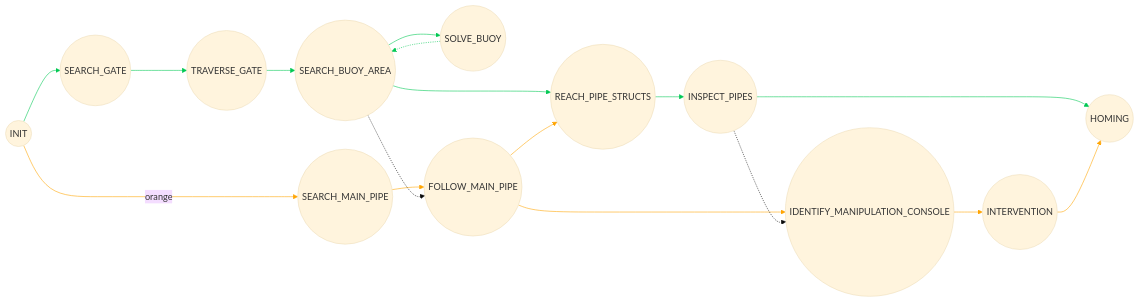
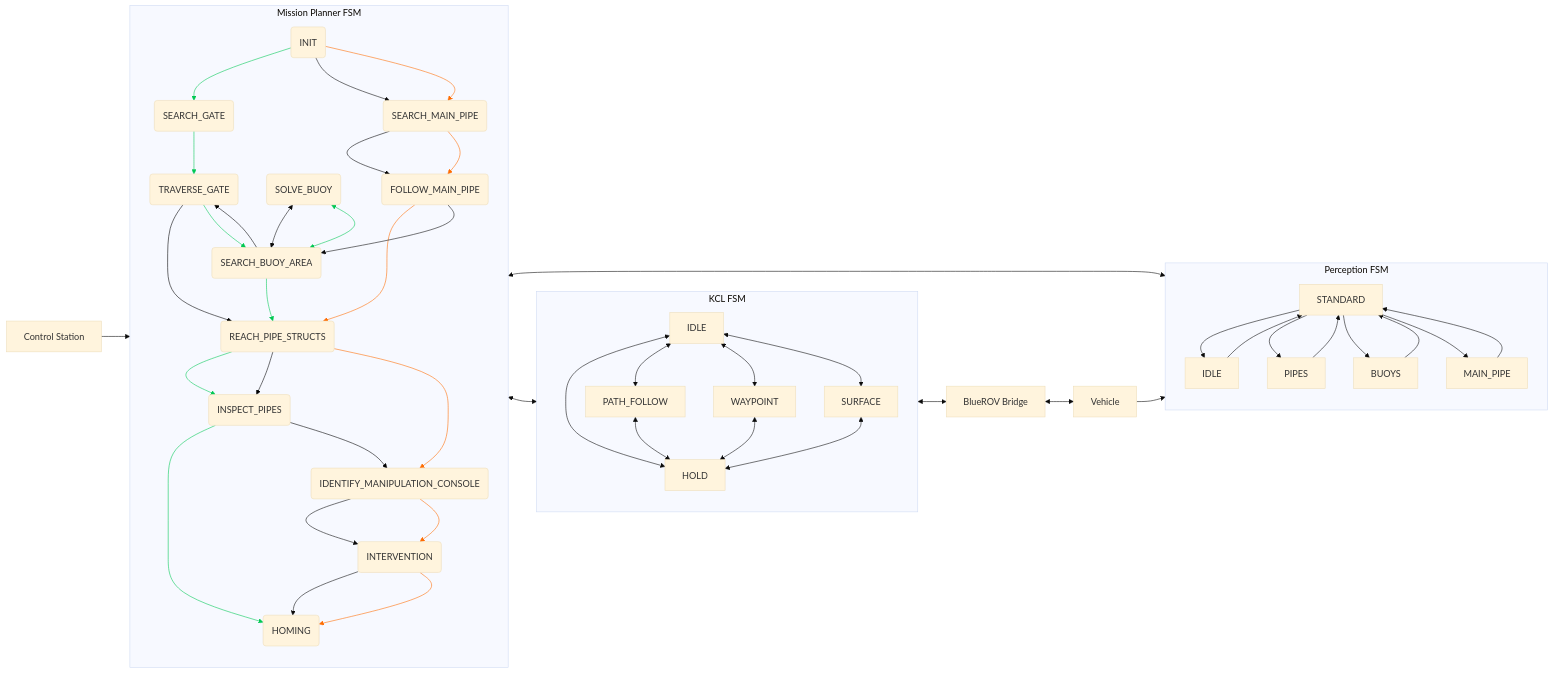
One commit to GRAAL-Lab/bluerov_core changed the diagram in SW_architecture.md. Above: the diagram before and after it, drawn with Mermaid (base theme). The commit also changed other lines of this file, not shown here.

Commit message:
updated sw_architecture

````diff
--- a/SW_architecture.md
+++ b/SW_architecture.md
@@ -30,32 +6,74 @@
 ```mermaid
 flowchart LR
-    INIT(("INIT")) --> SEARCH_GATE(("SEARCH_GATE"))
-    SEARCH_GATE --> TRAVERSE_GATE(("TRAVERSE_GATE"))
-    TRAVERSE_GATE --> SEARCH_BUOY_AREA(("SEARCH_BUOY_AREA"))
-    SEARCH_BUOY_AREA --> SOLVE_BUOY(("SOLVE_BUOY")) & REACH_PIPE_STRUCTS(("REACH_PIPE_STRUCTS"))
-    SOLVE_BUOY -.-> SEARCH_BUOY_AREA
-    REACH_PIPE_STRUCTS --> INSPECT_PIPES(("INSPECT_PIPES"))
-    INSPECT_PIPES --> HOMING(("HOMING"))
-    INIT -- orange --> SEARCH_MAIN_PIPE(("SEARCH_MAIN_PIPE"))
-    SEARCH_MAIN_PIPE --> FOLLOW_MAIN_PIPE(("FOLLOW_MAIN_PIPE"))
-    FOLLOW_MAIN_PIPE --> IDENTIFY_MANIPULATION_CONSOLE(("IDENTIFY_MANIPULATION_CONSOLE")) & REACH_PIPE_STRUCTS
-    IDENTIFY_MANIPULATION_CONSOLE --> INTERVENTION(("INTERVENTION"))
-    INTERVENTION --> HOMING
-    SEARCH_BUOY_AREA -.-> FOLLOW_MAIN_PIPE
-    INSPECT_PIPES -.-> IDENTIFY_MANIPULATION_CONSOLE
+ subgraph MISSION_PLANNER["Mission Planner FSM"]
+        SEARCH_GATE("SEARCH_GATE")
+        INIT("INIT")
+        TRAVERSE_GATE("TRAVERSE_GATE")
+        SEARCH_BUOY_AREA("SEARCH_BUOY_AREA")
+        SOLVE_BUOY("SOLVE_BUOY")
+        REACH_PIPE_STRUCTS("REACH_PIPE_STRUCTS")
+        INSPECT_PIPES("INSPECT_PIPES")
+        HOMING("HOMING")
+        SEARCH_MAIN_PIPE("SEARCH_MAIN_PIPE")
+        FOLLOW_MAIN_PIPE("FOLLOW_MAIN_PIPE")
+        IDENTIFY_MANIPULATION_CONSOLE("IDENTIFY_MANIPULATION_CONSOLE")
+        INTERVENTION("INTERVENTION")
+  end
+ subgraph PERCEPTION_SYSTEM["Perception FSM"]
+        P_STANDARD["STANDARD"]
+        P_IDLE["IDLE"]
+        P_PIPES["PIPES"]
+        P_BUOYS["BUOYS"]
+        P_MAIN_PIPE["MAIN_PIPE"]
+  end
+ subgraph KCL_MODULE["KCL FSM"]
+        K_IDLE["IDLE"]
+        K_PATH_FOLLOW["PATH_FOLLOW"]
+        K_HOLD["HOLD"]
+        K_SURFACE["SURFACE"]
+        K_WAYPOINT["WAYPOINT"]
+  end
+    INIT --> SEARCH_GATE & SEARCH_MAIN_PIPE & SEARCH_MAIN_PIPE
+    SEARCH_GATE --> TRAVERSE_GATE
+    TRAVERSE_GATE --> REACH_PIPE_STRUCTS & SEARCH_BUOY_AREA
+    SEARCH_BUOY_AREA --> REACH_PIPE_STRUCTS & TRAVERSE_GATE
+    SOLVE_BUOY <--> SEARCH_BUOY_AREA & SEARCH_BUOY_AREA
+    REACH_PIPE_STRUCTS --> INSPECT_PIPES & INSPECT_PIPES & IDENTIFY_MANIPULATION_CONSOLE
+    INSPECT_PIPES --> HOMING & IDENTIFY_MANIPULATION_CONSOLE
+    SEARCH_MAIN_PIPE --> FOLLOW_MAIN_PIPE & FOLLOW_MAIN_PIPE
+    FOLLOW_MAIN_PIPE --> REACH_PIPE_STRUCTS & SEARCH_BUOY_AREA
+    IDENTIFY_MANIPULATION_CONSOLE --> INTERVENTION & INTERVENTION
+    INTERVENTION --> HOMING & HOMING
+    P_IDLE --> P_STANDARD
+    P_STANDARD --> P_IDLE & P_PIPES & P_BUOYS & P_MAIN_PIPE
+    P_PIPES --> P_STANDARD
+    P_BUOYS --> P_STANDARD
+    P_MAIN_PIPE --> P_STANDARD
+    K_IDLE <--> K_PATH_FOLLOW & K_WAYPOINT & K_SURFACE & K_HOLD
+    K_PATH_FOLLOW <--> K_HOLD
+    K_WAYPOINT <--> K_HOLD
+    K_SURFACE <--> K_HOLD
+    CONTROL_STATION["Control Station"] --> MISSION_PLANNER
+    MISSION_PLANNER <--> KCL_MODULE & PERCEPTION_SYSTEM
+    KCL_MODULE <--> BRIDGE["BlueROV Bridge"]
+    BRIDGE <--> VEHICLE["Vehicle"]
+    VEHICLE --> PERCEPTION_SYSTEM
     linkStyle 0 stroke:#00C853,fill:none
-    linkStyle 1 stroke:#00C853,fill:none
-    linkStyle 2 stroke:#00C853,fill:none
+    linkStyle 2 stroke:#FF6D00,fill:none
     linkStyle 3 stroke:#00C853,fill:none
-    linkStyle 4 stroke:#00C853,fill:none
+    linkStyle 4 stroke:#000000,fill:none
     linkStyle 5 stroke:#00C853,fill:none
     linkStyle 6 stroke:#00C853,fill:none
-    linkStyle 7 stroke:#00C853,fill:none
-    linkStyle 8 stroke:#FFA500,fill:none
-    linkStyle 9 stroke:#FFA500,fill:none
-    linkStyle 10 stroke:#FFA500,fill:none
-    linkStyle 11 stroke:#FFA500,fill:none
-    linkStyle 12 stroke:#FFA500,fill:none
-    linkStyle 13 stroke:#FFA500,fill:none
-
+    linkStyle 7 stroke:#000000,fill:none
+    linkStyle 9 stroke:#00C853,fill:none
+    linkStyle 10 stroke:#00C853,fill:none
+    linkStyle 11 stroke:#000000,fill:none
+    linkStyle 12 stroke:#FF6D00,fill:none
+    linkStyle 13 stroke:#00C853,fill:none
+    linkStyle 14 stroke:#000000,fill:none
+    linkStyle 15 stroke:#000000,fill:none
+    linkStyle 16 stroke:#FF6D00,fill:none
+    linkStyle 17 stroke:#FF6D00,fill:none
+    linkStyle 20 stroke:#FF6D00,fill:none
+    linkStyle 22 stroke:#FF6D00,fill:none
 ```
````
